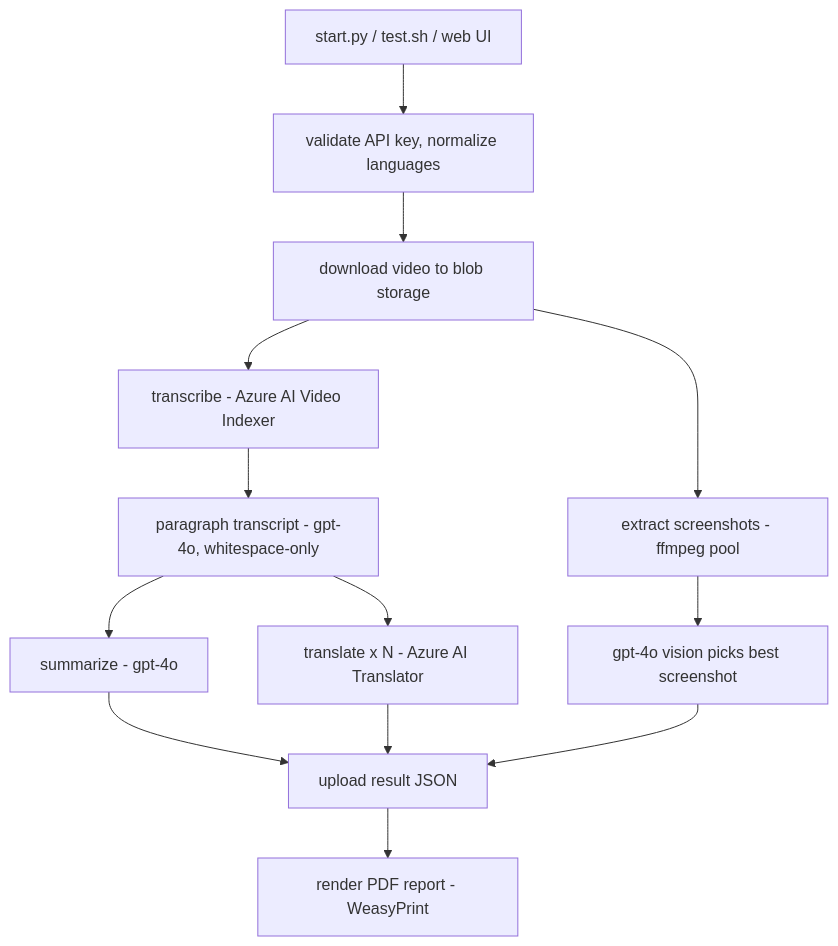
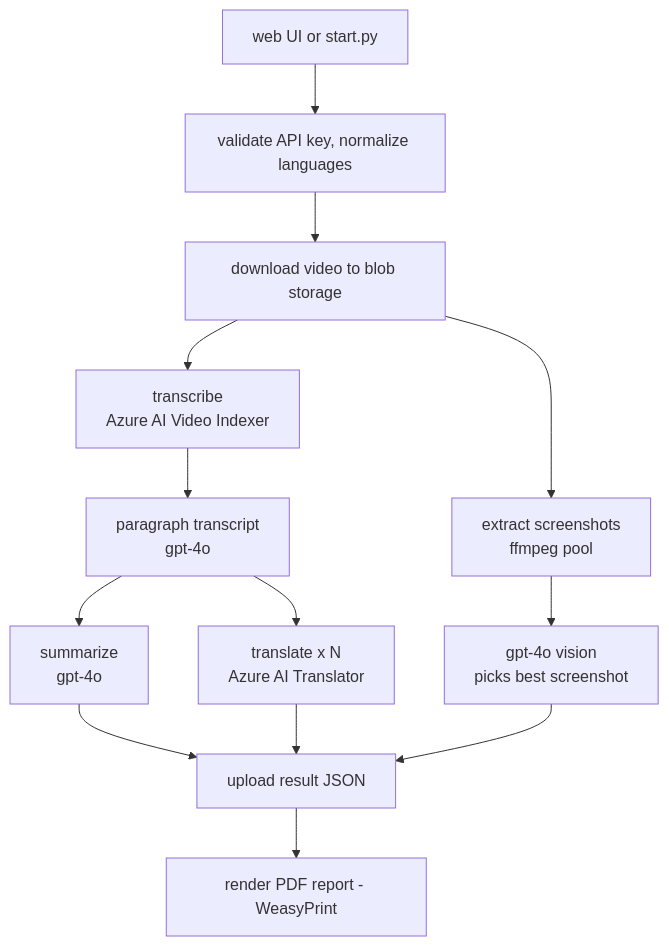
The first of 2 diagrams in README.md (chrisumbel/temporal-video-translator), drawn with Mermaid before and after one commit. The commit also changed other lines of this file, not shown here.

Commit message:
Improved merdmaid diagrams so they fit better in GitHubs viewport

````diff
--- a/README.md
+++ b/README.md
@@ -17,15 +17,15 @@
 ```mermaid
 flowchart TD
-    submit[start.py / test.sh / web UI] --> validate[validate API key, normalize languages]
+    submit[web UI or start.py ] --> validate[validate API key, normalize languages]
     validate --> download[download video to blob storage]
-    download --> transcribe[transcribe - Azure AI Video Indexer]
-    download --> shots[extract screenshots - ffmpeg pool]
-    shots --> pick[gpt-4o vision picks best screenshot]
-    transcribe --> para[paragraph transcript - gpt-4o, whitespace-only]
-    para --> summarize[summarize - gpt-4o]
-    para --> translate[translate x N - Azure AI Translator]
+    download --> transcribe[transcribe<br>Azure AI Video Indexer]
+    download --> shots[extract screenshots<br>ffmpeg pool]
+    shots --> pick[gpt-4o vision<br>picks best screenshot]
+    transcribe --> para[paragraph transcript<br>gpt-4o]
+    para --> summarize[summarize<br>gpt-4o]
+    para --> translate[translate x N<br>Azure AI Translator]
     summarize --> upload[upload result JSON]
     translate --> upload
     pick --> upload
     upload --> pdf[render PDF report - WeasyPrint]
 ```
````
